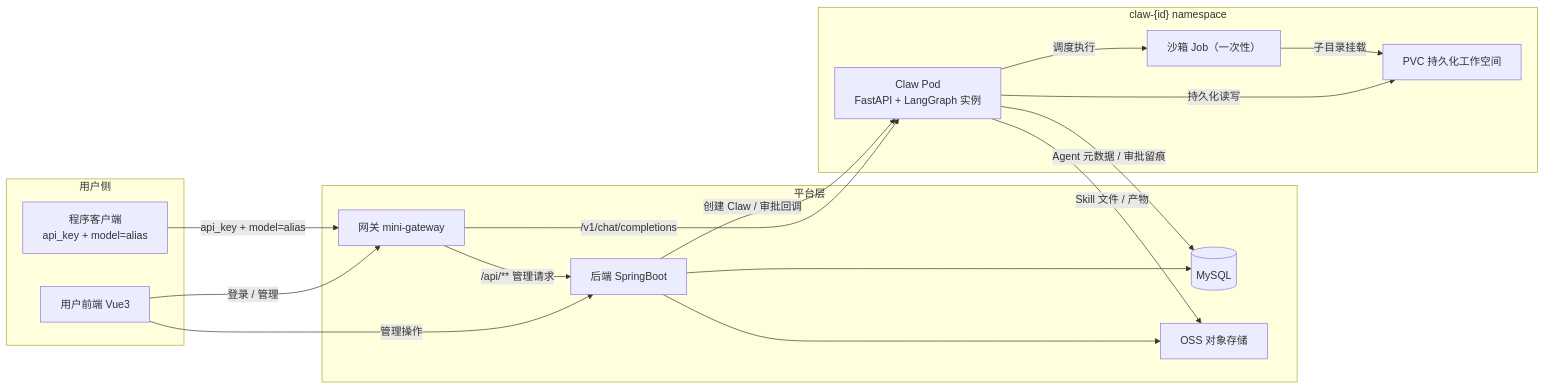
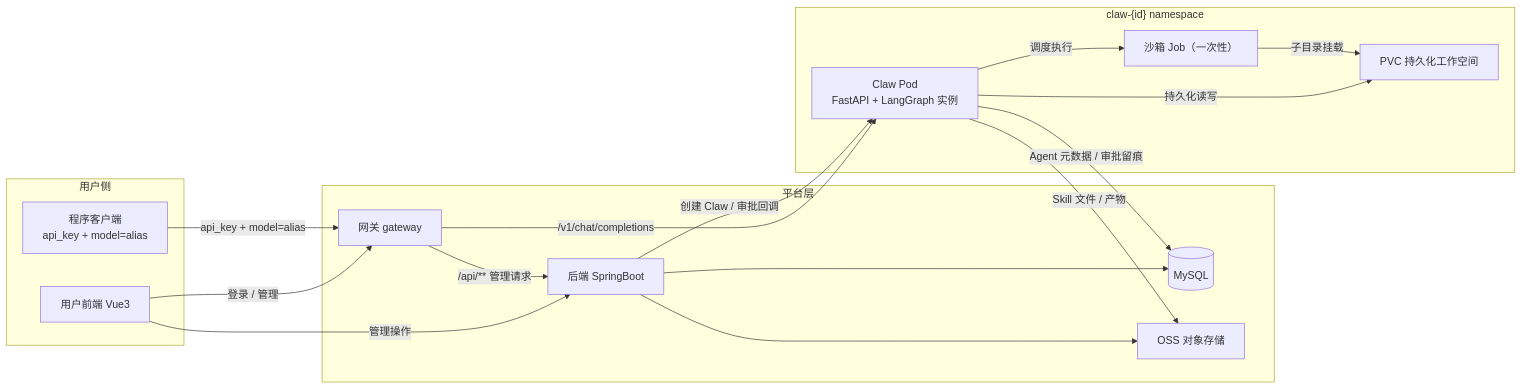
The first of 4 diagrams in docs/architecture/overview/system-overview.md (AnXin-HITSZ/saas-claw), drawn with Mermaid before and after one commit. The commit also changed other lines of this file and 201 other files, not shown here.

````diff
--- a/docs/architecture/overview/system-overview.md
+++ b/docs/architecture/overview/system-overview.md
@@ -35,32 +35,32 @@
 ```mermaid
 flowchart LR
     subgraph 用户侧
         U["用户前端 Vue3"]
         P["程序客户端<br/>api_key + model=alias"]
     end
     subgraph 平台层
-        G["网关 mini-gateway"]
+        G["网关 gateway"]
         B["后端 SpringBoot"]
         DB[("MySQL")]
         OSS["OSS 对象存储"]
     end
     subgraph claw-ns["claw-{id} namespace"]
         CP["Claw Pod<br/>FastAPI + LangGraph 实例"]
         SB["沙箱 Job（一次性）"]
         PVC["PVC 持久化工作空间"]
     end
 
     U -->|登录 / 管理| G
     U -->|管理操作| B
     P -->|api_key + model=alias| G
     G -->|/api/** 管理请求| B
     G -->|/v1/chat/completions| CP
     B -->|创建 Claw / 审批回调| CP
     B --> DB
     B --> OSS
     CP -->|Agent 元数据 / 审批留痕| DB
     CP -->|Skill 文件 / 产物| OSS
     CP -->|调度执行| SB
     CP -->|持久化读写| PVC
     SB -->|子目录挂载| PVC
 ```
````
